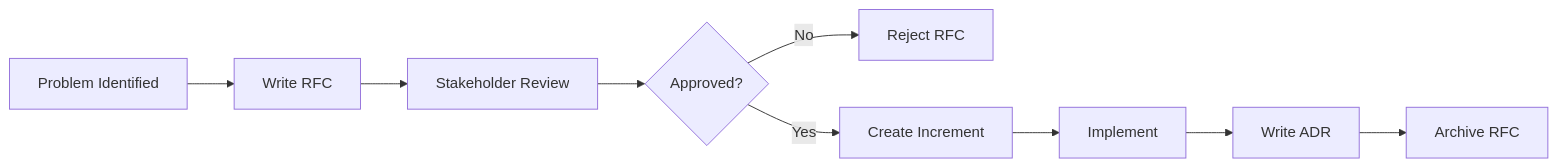
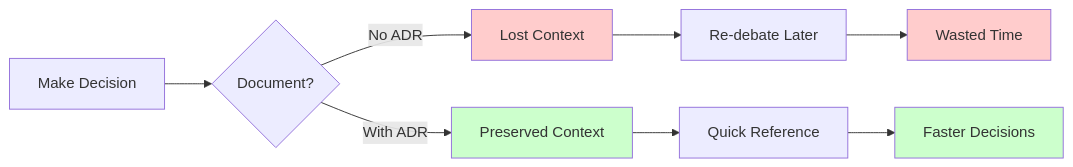
Before and after one commit to anton-abyzov/specweave: the first of 3 diagrams in docs-site/docs/glossary/terms/adr.md, drawn with Mermaid. The commit also changed other lines of this file and 151 other files, not shown here.

````diff
--- a/docs-site/docs/glossary/terms/adr.md
+++ b/docs-site/docs/glossary/terms/adr.md
@@ -298,11 +29,16 @@
 ```mermaid
 graph LR
-    A[Problem Identified] --> B[Write RFC]
-    B --> C[Stakeholder Review]
-    C --> D{Approved?}
-    D -->|No| E[Reject RFC]
-    D -->|Yes| F[Create Increment]
-    F --> G[Implement]
-    G --> H[Write ADR]
-    H --> I[Archive RFC]
+    A[Make Decision] --> B{Document?}
+    B -->|No ADR| C[Lost Context]
+    C --> D[Re-debate Later]
+    D --> E[Wasted Time]
+
+    B -->|With ADR| F[Preserved Context]
+    F --> G[Quick Reference]
+    G --> H[Faster Decisions]
+
+    style C fill:#ffcccc
+    style E fill:#ffcccc
+    style F fill:#ccffcc
+    style H fill:#ccffcc
 ```
````
